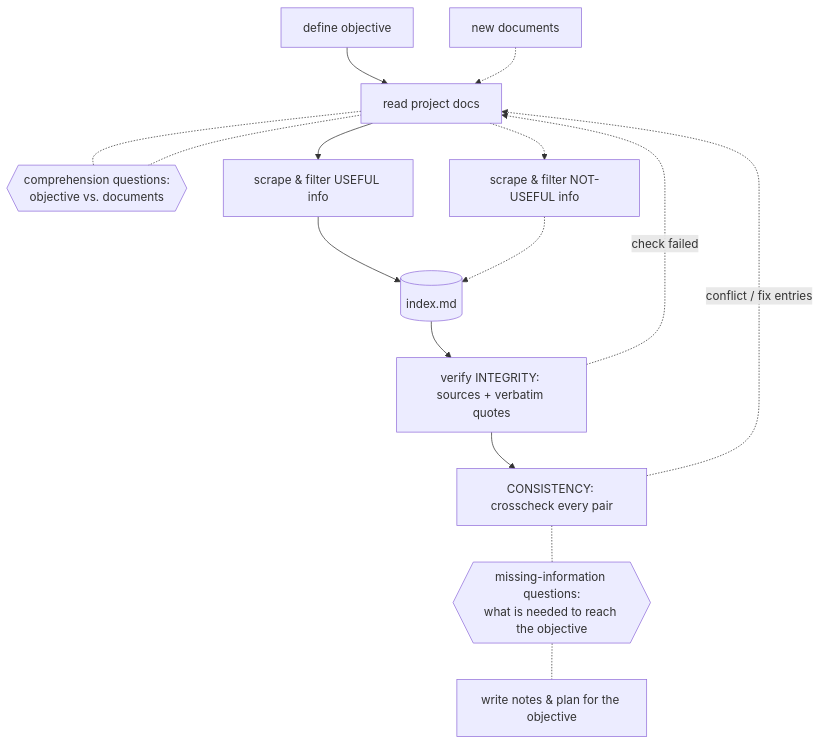
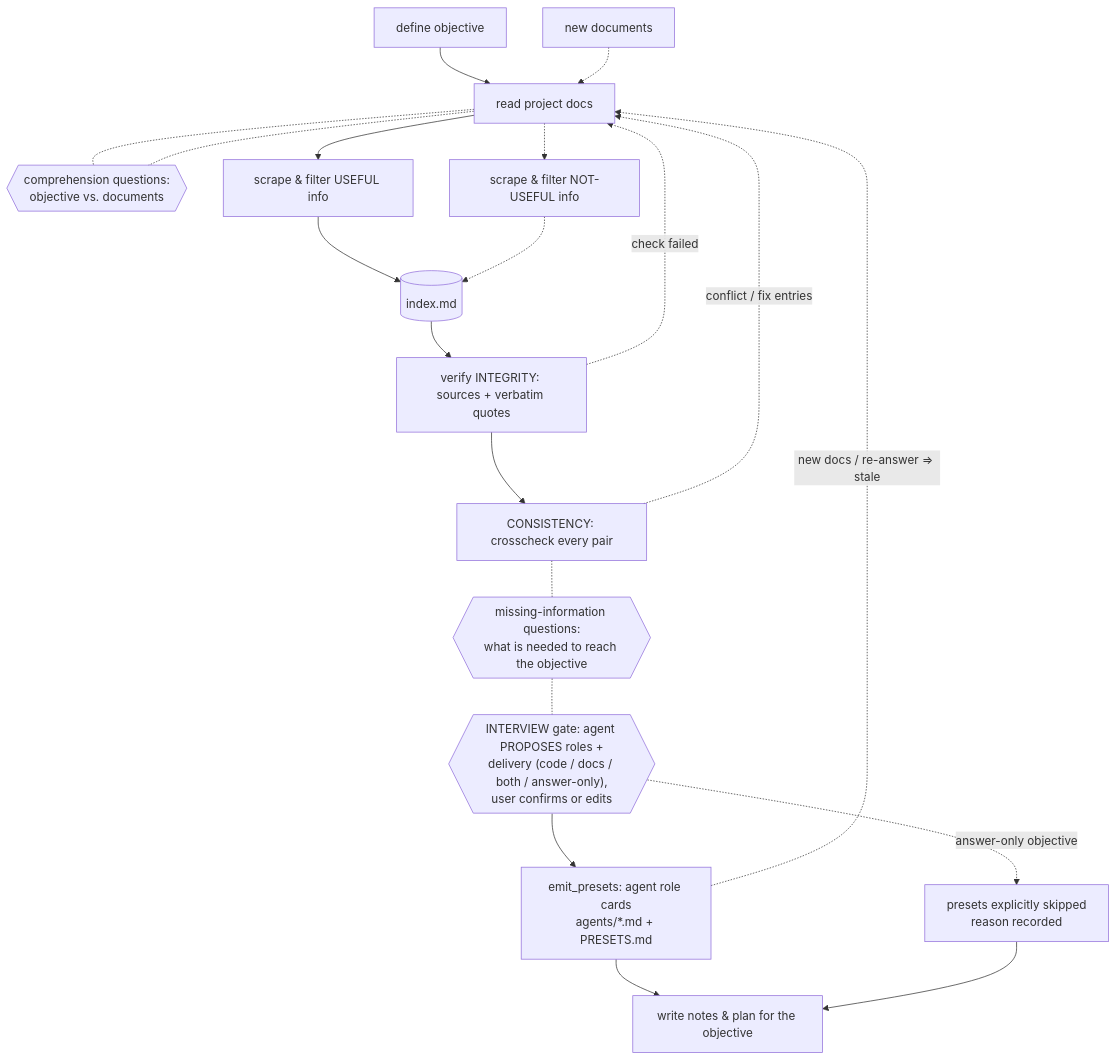
The diagram in README.md (b-iurea/dsh-doc-workflow), drawn with Mermaid before and after one commit. The commit also changed other lines of this file and 7 other files, not shown here.

````diff
--- a/README.md
+++ b/README.md
@@ -9,17 +9,22 @@
 ```mermaid
 flowchart TD
     A[define objective] --> B[read project docs]
     N[new documents] -.-> B
     B -.- Q1{{"comprehension questions:<br>objective vs. documents"}}
     Q1 -.- B
     B --> C[scrape & filter USEFUL info]
     B -.-> D[scrape & filter NOT-USEFUL info]
     C --> E[(index.md)]
     D -.-> E
     E --> F[verify INTEGRITY: sources + verbatim quotes]
     F -. check failed .-> B
     F --> K[CONSISTENCY: crosscheck every pair]
     K -. conflict / fix entries .-> B
     K -.- Q2{{"missing-information questions:<br>what is needed to reach the objective"}}
-    Q2 -.- G[write notes & plan for the objective]
+    Q2 -.- I{{"INTERVIEW gate: agent PROPOSES roles +<br>delivery (code / docs / both / answer-only),<br>user confirms or edits"}}
+    I --> P[emit_presets: agent role cards<br>agents/*.md + PRESETS.md]
+    I -. "answer-only objective" .-> S[presets explicitly skipped<br>reason recorded]
+    P --> G[write notes & plan for the objective]
+    S --> G
+    P -. "new docs / re-answer ⇒ stale" .-> B
 ```
````
